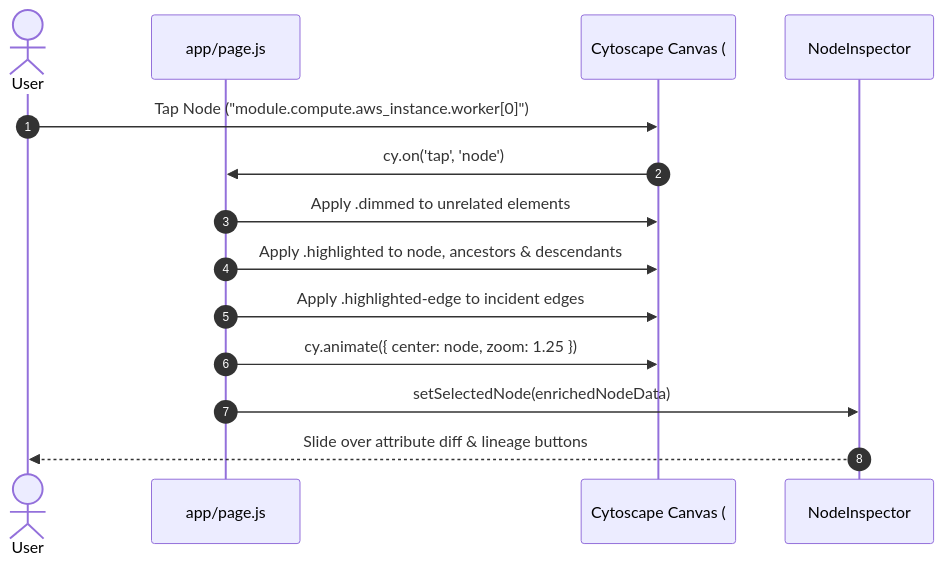
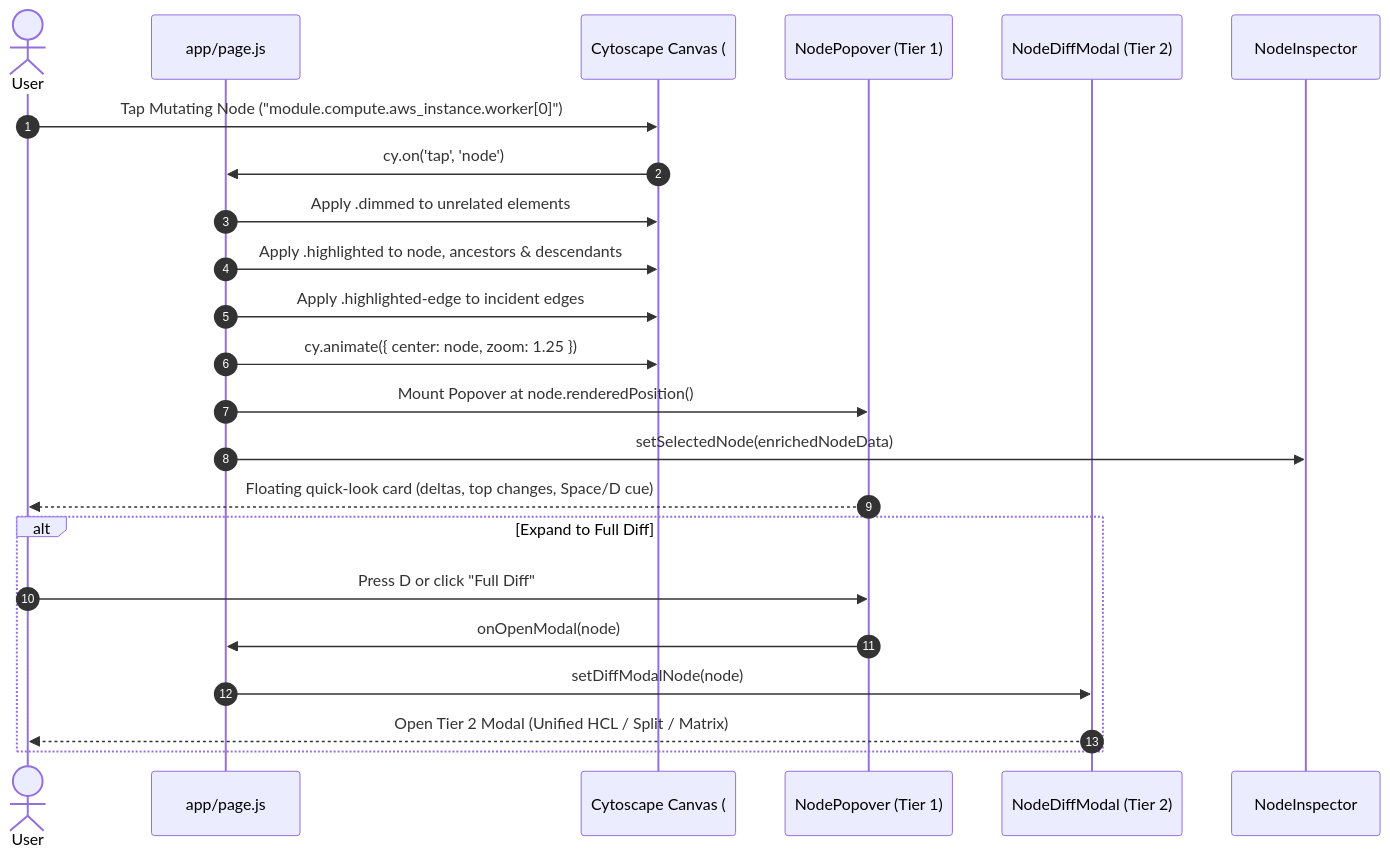
The second of 3 diagrams in ui/app/README.md (AatirNadim/plan-parse), drawn with Mermaid before and after one commit. The commit also changed other lines of this file and 5 other files, not shown here.

Commit message:
feat: implement 2-tier IaC diff system with NodePopover and NodeDiffModal, enhancing user experience for resource change inspection

````diff
--- a/ui/app/README.md
+++ b/ui/app/README.md
@@ -124,17 +135,27 @@
 ```mermaid
 sequenceDiagram
     autonumber
     actor User
     participant Page as app/page.js
     participant Cy as Cytoscape Canvas (#cy)
+    participant Popover as NodePopover (Tier 1)
+    participant Modal as NodeDiffModal (Tier 2)
     participant Insp as NodeInspector
 
-    User->>Cy: Tap Node ("module.compute.aws_instance.worker[0]")
+    User->>Cy: Tap Mutating Node ("module.compute.aws_instance.worker[0]")
     Cy->>Page: cy.on('tap', 'node')
     Page->>Cy: Apply .dimmed to unrelated elements
     Page->>Cy: Apply .highlighted to node, ancestors & descendants
     Page->>Cy: Apply .highlighted-edge to incident edges
     Page->>Cy: cy.animate({ center: node, zoom: 1.25 })
+    Page->>Popover: Mount Popover at node.renderedPosition()
     Page->>Insp: setSelectedNode(enrichedNodeData)
-    Insp-->>User: Slide over attribute diff & lineage buttons
+    Popover-->>User: Floating quick-look card (deltas, top changes, Space/D cue)
+    
+    alt Expand to Full Diff
+        User->>Popover: Press D or click "Full Diff"
+        Popover->>Page: onOpenModal(node)
+        Page->>Modal: setDiffModalNode(node)
+        Modal-->>User: Open Tier 2 Modal (Unified HCL / Split / Matrix)
+    end
 ```
````
